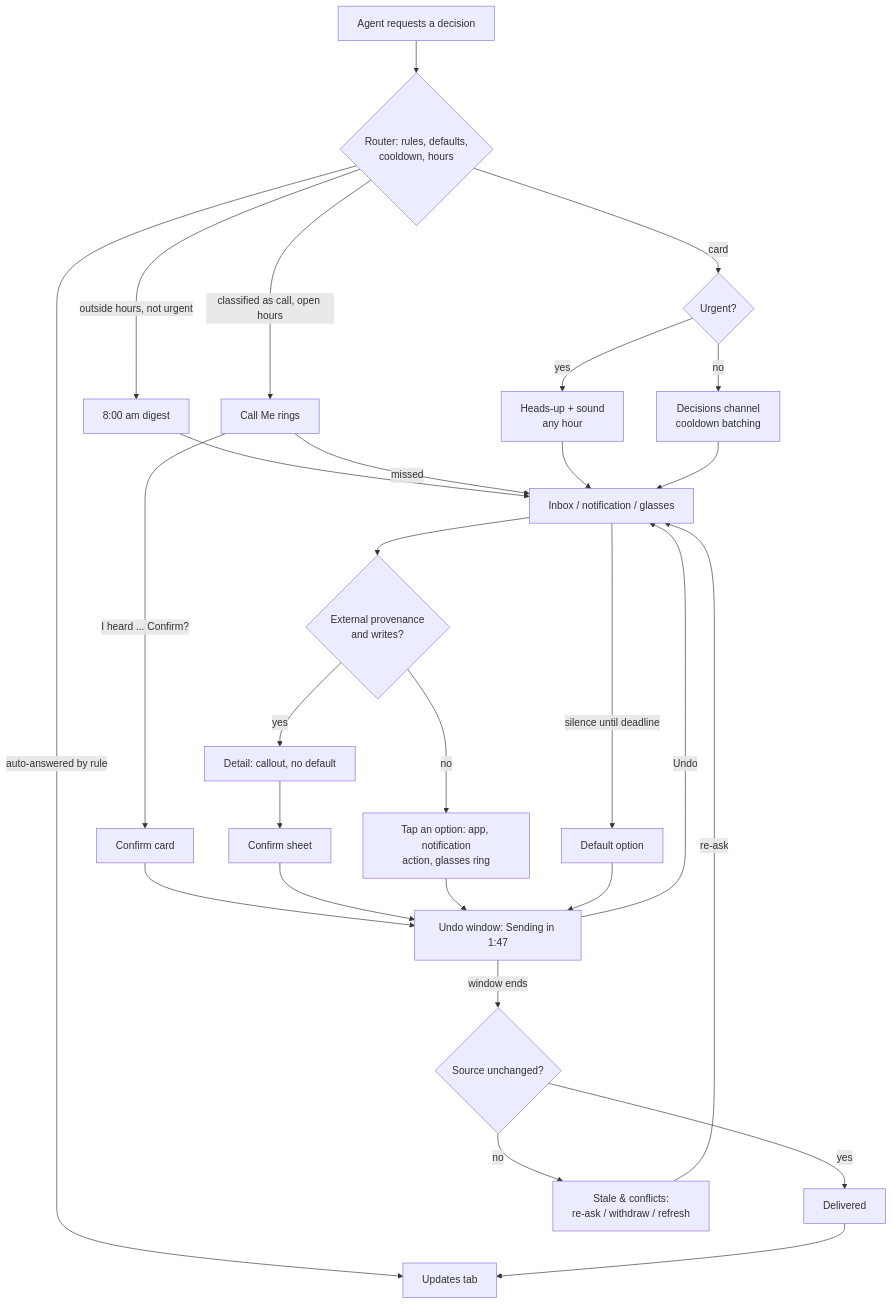
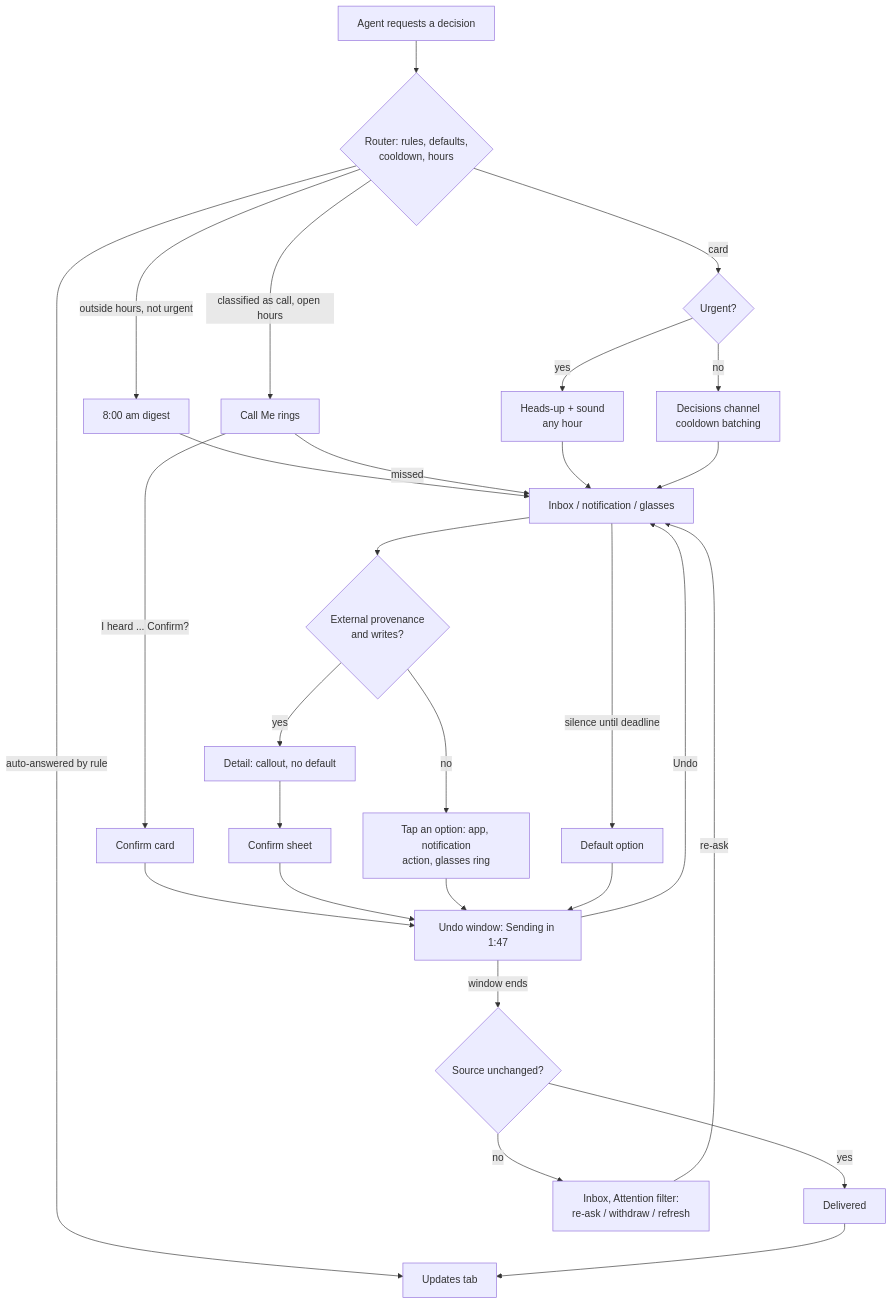
Before and after one commit to jadasi/nod: the diagram in docs/design/mobile/README.md, drawn with Mermaid. The commit also changed other lines of this file and 12 other files, not shown here.

First line of the commit message:
docs: fold Stale into Inbox, decide notification answers and QR pairing

````diff
--- a/docs/design/mobile/README.md
+++ b/docs/design/mobile/README.md
@@ -208,23 +220,23 @@
 ```mermaid
 flowchart TD
   A[Agent requests a decision] --> B{Router: rules, defaults,<br/>cooldown, hours}
   B -- auto-answered by rule --> U[Updates tab]
   B -- outside hours, not urgent --> DG[8:00 am digest] --> IN
   B -- classified as call, open hours --> CALL[Call Me rings]
   CALL -- missed --> IN
   CALL -- I heard ... Confirm? --> CONF[Confirm card] --> UNDO
   B -- card --> N{Urgent?}
   N -- yes --> HU[Heads-up + sound<br/>any hour]
   N -- no --> NB[Decisions channel<br/>cooldown batching]
   HU --> IN[Inbox / notification / glasses]
   NB --> IN
   IN --> P{External provenance<br/>and writes?}
   P -- yes --> DET[Detail: callout, no default] --> SHEET[Confirm sheet] --> UNDO
   P -- no --> ANS[Tap an option: app, notification<br/>action, glasses ring] --> UNDO
   IN -- silence until deadline --> DEF[Default option] --> UNDO
   UNDO[Undo window: Sending in 1:47] -- Undo --> IN
   UNDO -- window ends --> RV{Source unchanged?}
   RV -- yes --> DEL[Delivered] --> U
-  RV -- no --> ST[Stale & conflicts:<br/>re-ask / withdraw / refresh]
+  RV -- no --> ST[Inbox, Attention filter:<br/>re-ask / withdraw / refresh]
   ST -- re-ask --> IN
 ```
````
